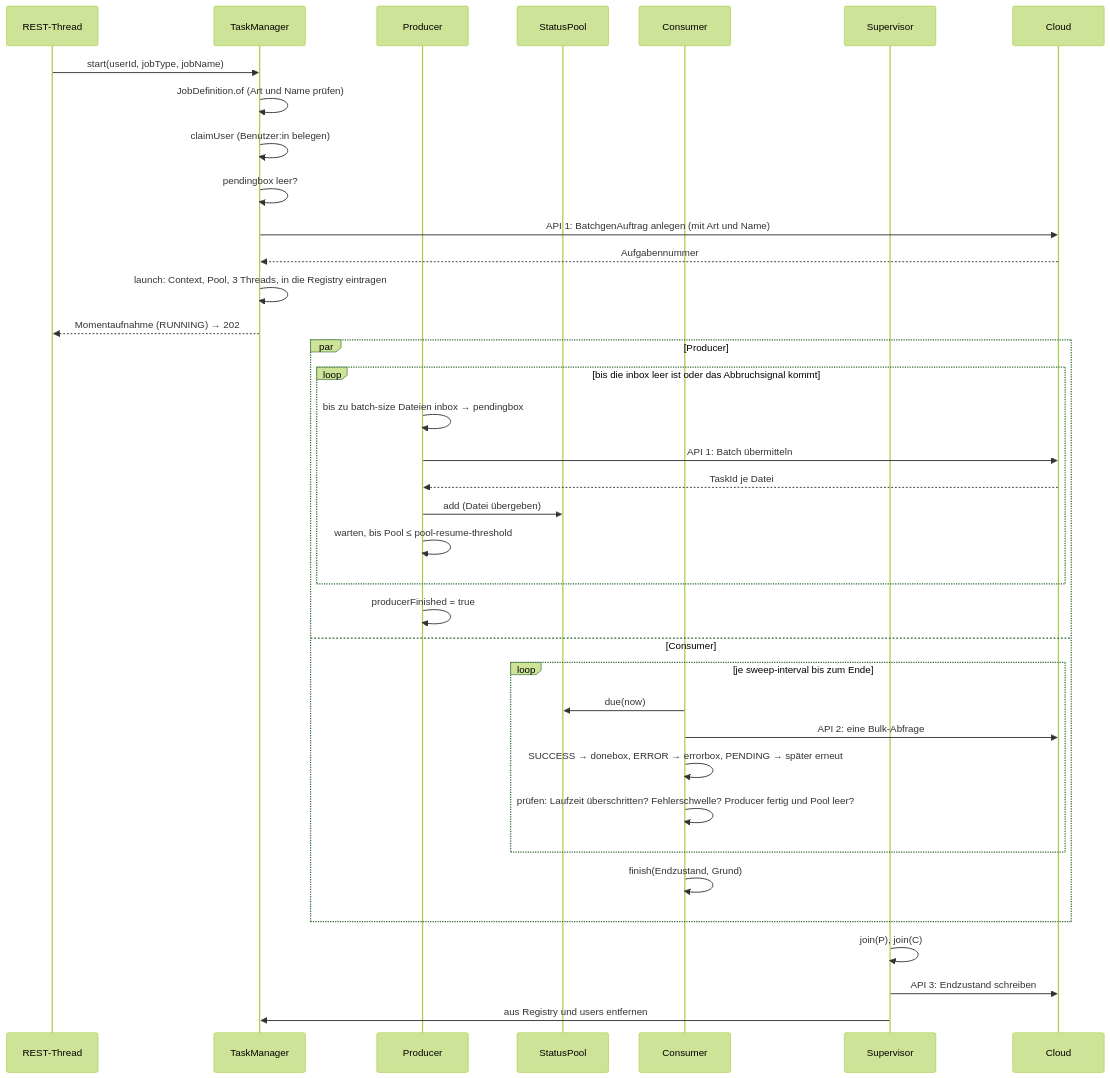
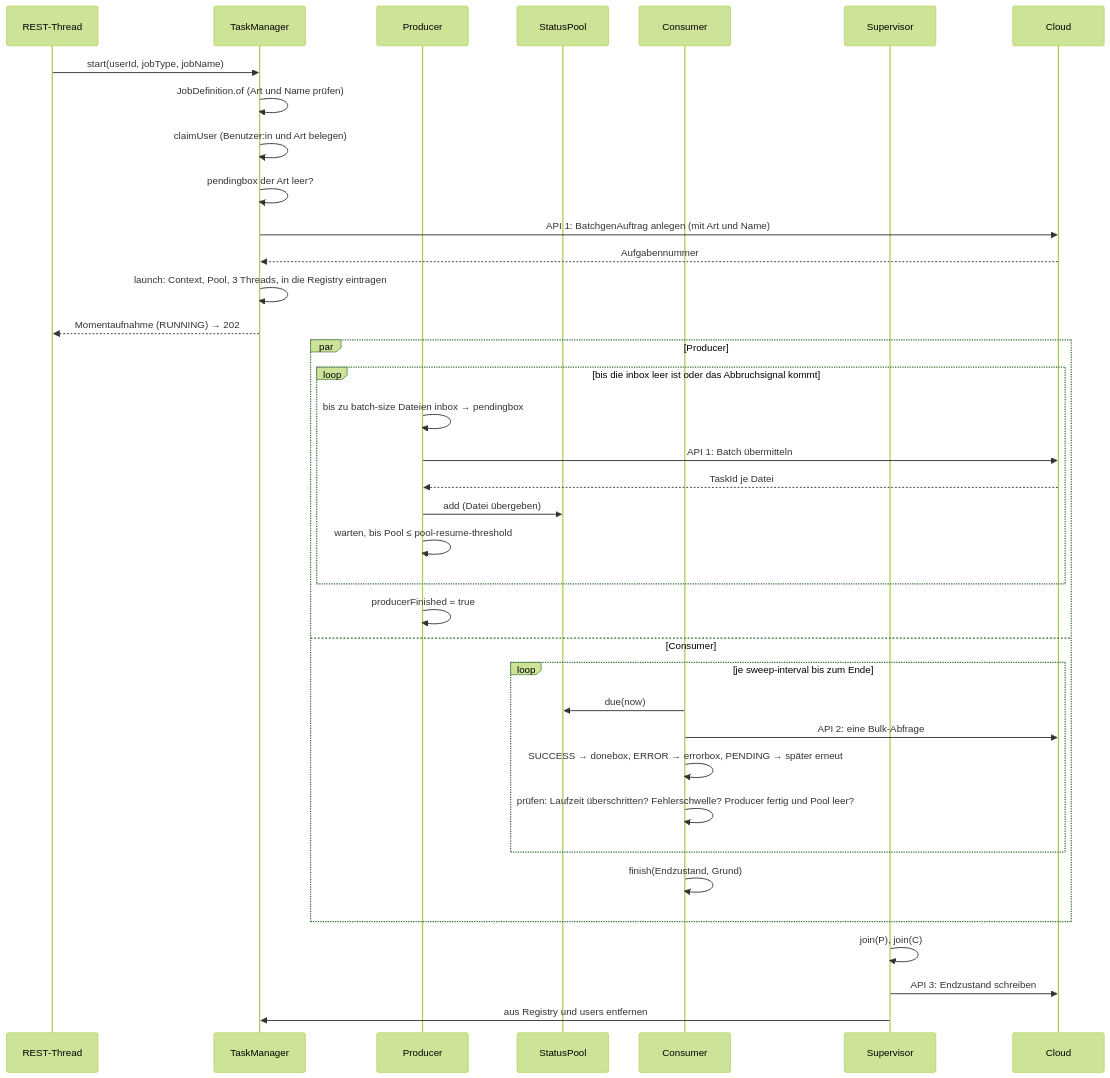
Before and after one commit to wwsstl/asynchrone-anwendungsarchitektur: the second of 5 diagrams in docs/architect/implementierung.md, drawn with Mermaid (forest theme). The commit also changed other lines of this file and 35 other files, not shown here.

````diff
--- a/docs/architect/implementierung.md
+++ b/docs/architect/implementierung.md
@@ -145,40 +145,40 @@
 ```mermaid
 sequenceDiagram
     participant R as REST-Thread
     participant TM as TaskManager
     participant P as Producer
     participant Pool as StatusPool
     participant C as Consumer
     participant S as Supervisor
     participant Cl as Cloud
 
     R->>TM: start(userId, jobType, jobName)
     TM->>TM: JobDefinition.of (Art und Name prüfen)
-    TM->>TM: claimUser (Benutzer:in belegen)
-    TM->>TM: pendingbox leer?
+    TM->>TM: claimUser (Benutzer:in und Art belegen)
+    TM->>TM: pendingbox der Art leer?
     TM->>Cl: API 1: BatchgenAuftrag anlegen (mit Art und Name)
     Cl-->>TM: Aufgabennummer
     TM->>TM: launch: Context, Pool, 3 Threads, in die Registry eintragen
     TM-->>R: Momentaufnahme (RUNNING) → 202
     par Producer
         loop bis die inbox leer ist oder das Abbruchsignal kommt
             P->>P: bis zu batch-size Dateien inbox → pendingbox
             P->>Cl: API 1: Batch übermitteln
             Cl-->>P: TaskId je Datei
             P->>Pool: add (Datei übergeben)
             P->>P: warten, bis Pool ≤ pool-resume-threshold
         end
         P->>P: producerFinished = true
     and Consumer
         loop je sweep-interval bis zum Ende
             C->>Pool: due(now)
             C->>Cl: API 2: eine Bulk-Abfrage
             C->>C: SUCCESS → donebox, ERROR → errorbox, PENDING → später erneut
             C->>C: prüfen: Laufzeit überschritten? Fehlerschwelle? Producer fertig und Pool leer?
         end
         C->>C: finish(Endzustand, Grund)
     end
     S->>S: join(P), join(C)
     S->>Cl: API 3: Endzustand schreiben
     S->>TM: aus Registry und users entfernen
 ```
````
